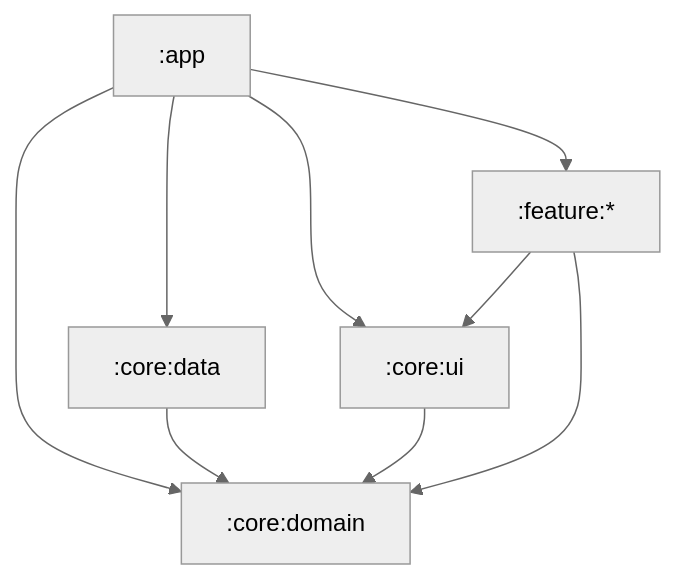
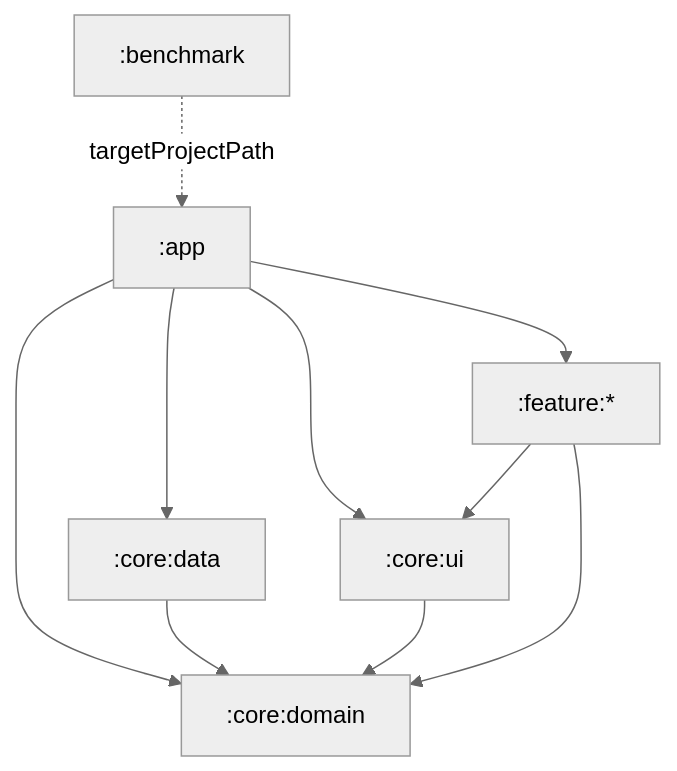
Before and after one commit to open-gym-app/titan: the diagram in docs/ARCHITECTURE.md, drawn with Mermaid (neutral theme). The commit also changed other lines of this file and 46 other files, not shown here.

````diff
--- a/docs/ARCHITECTURE.md
+++ b/docs/ARCHITECTURE.md
@@ -126,17 +140,19 @@
 ```mermaid
 graph TD
+    benchmark[:benchmark]
     app[:app]
     data[:core:data]
     domain[:core:domain]
     ui[:core:ui]
     feature[":feature:*"]
 
+    benchmark -.->|targetProjectPath| app
     app --> domain
     app --> data
     app --> ui
     app --> feature
     data --> domain
     ui --> domain
     feature --> domain
     feature --> ui
 ```
````
